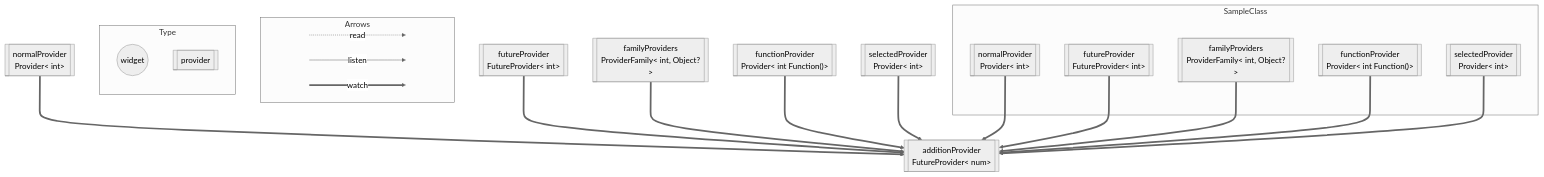
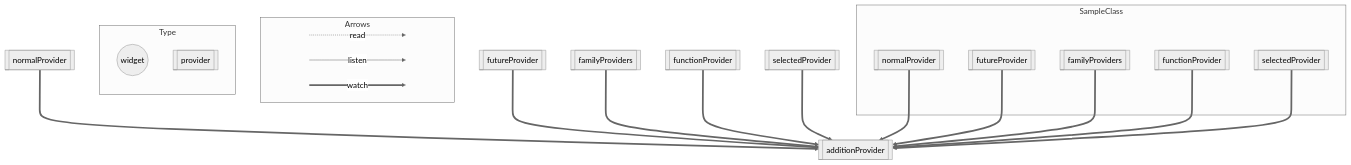
The second of 2 diagrams in packages/riverpod_graph/README.md (rrousselGit/riverpod), drawn with Mermaid (neutral theme) before and after one commit. The commit also changed other lines of this file, not shown here.

Commit message:
Rollback README.md that included type info

````diff
--- a/packages/riverpod_graph/README.md
+++ b/packages/riverpod_graph/README.md
@@ -94,51 +94,51 @@
   ```mermaid
   flowchart TB
   subgraph Arrows
     direction LR
     start1[ ] -..->|read| stop1[ ]
     style start1 height:0px;
     style stop1 height:0px;
     start2[ ] --->|listen| stop2[ ]
     style start2 height:0px;
     style stop2 height:0px;
     start3[ ] ===>|watch| stop3[ ]
     style start3 height:0px;
     style stop3 height:0px;
   end
   subgraph Type
     direction TB
     ConsumerWidget((widget));
     Provider[[provider]];
   end
-  additionProvider[["additionProvider</br>FutureProvider&lt; num&gt;"]];
-  normalProvider[["normalProvider</br>Provider&lt; int&gt;"]];
-  futureProvider[["futureProvider</br>FutureProvider&lt; int&gt;"]];
-  familyProviders[["familyProviders</br>ProviderFamily&lt; int, Object?&gt;"]];
-  functionProvider[["functionProvider</br>Provider&lt; int Function()&gt;"]];
-  selectedProvider[["selectedProvider</br>Provider&lt; int&gt;"]];
+  additionProvider[["additionProvider"]];
+  normalProvider[["normalProvider"]];
+  futureProvider[["futureProvider"]];
+  familyProviders[["familyProviders"]];
+  functionProvider[["functionProvider"]];
+  selectedProvider[["selectedProvider"]];
   subgraph SampleClass
-    SampleClass.normalProvider[["normalProvider</br>Provider&lt; int&gt;"]];
+    SampleClass.normalProvider[["normalProvider"]];
   end
   subgraph SampleClass
-    SampleClass.futureProvider[["futureProvider</br>FutureProvider&lt; int&gt;"]];
+    SampleClass.futureProvider[["futureProvider"]];
   end
   subgraph SampleClass
-    SampleClass.familyProviders[["familyProviders</br>ProviderFamily&lt; int, Object?&gt;"]];
+    SampleClass.familyProviders[["familyProviders"]];
   end
   subgraph SampleClass
-    SampleClass.functionProvider[["functionProvider</br>Provider&lt; int Function()&gt;"]];
+    SampleClass.functionProvider[["functionProvider"]];
   end
   subgraph SampleClass
-    SampleClass.selectedProvider[["selectedProvider</br>Provider&lt; int&gt;"]];
+    SampleClass.selectedProvider[["selectedProvider"]];
   end
   normalProvider ==> additionProvider;
   futureProvider ==> additionProvider;
   familyProviders ==> additionProvider;
   functionProvider ==> additionProvider;
   selectedProvider ==> additionProvider;
   SampleClass.normalProvider ==> additionProvider;
   SampleClass.futureProvider ==> additionProvider;
   SampleClass.familyProviders ==> additionProvider;
   SampleClass.functionProvider ==> additionProvider;
   SampleClass.selectedProvider ==> additionProvider;
   ```
````
